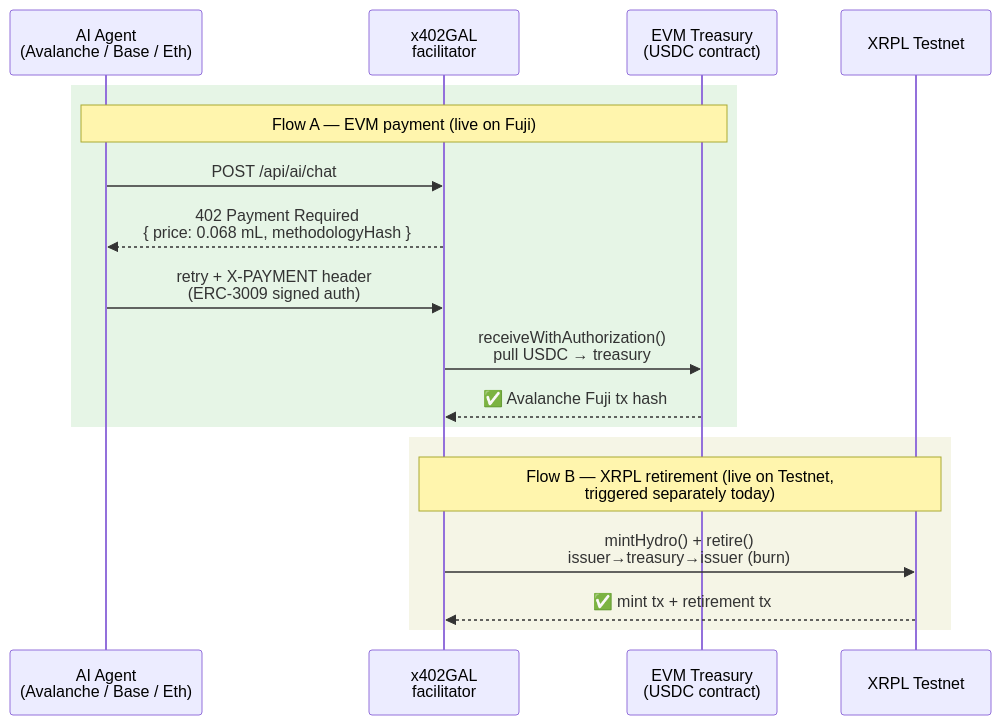
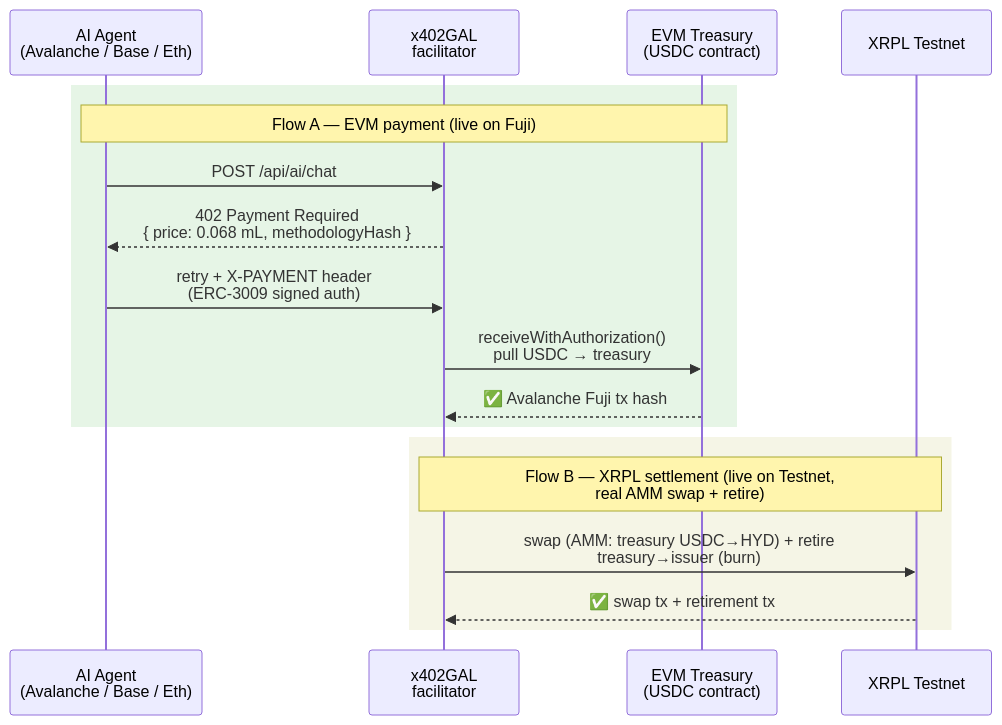
Before and after one commit to EDGECONSULTINGLABS/x402gal: the first of 2 diagrams in README.md, drawn with Mermaid. The commit also changed other lines of this file and 13 other files, not shown here.

First line of the commit message:
feat(xrpl): real testnet AMM swap replaces fictional mint; verified-supply invariant

````diff
--- a/README.md
+++ b/README.md
@@ -48,22 +48,22 @@
 ```mermaid
 sequenceDiagram
     participant Agent as AI Agent<br/>(Avalanche / Base / Eth)
     participant GAL as x402GAL<br/>facilitator
     participant EVM as EVM Treasury<br/>(USDC contract)
     participant XRPL as XRPL Testnet
 
     rect rgb(230, 245, 230)
     Note over Agent,EVM: Flow A — EVM payment (live on Fuji)
     Agent->>GAL: POST /api/ai/chat
     GAL-->>Agent: 402 Payment Required<br/>{ price: 0.068 mL, methodologyHash }
     Agent->>GAL: retry + X-PAYMENT header<br/>(ERC-3009 signed auth)
     GAL->>EVM: receiveWithAuthorization()<br/>pull USDC → treasury
     EVM-->>GAL: ✅ Avalanche Fuji tx hash
     end
 
     rect rgb(245, 245, 230)
-    Note over GAL,XRPL: Flow B — XRPL retirement (live on Testnet,<br/>triggered separately today)
-    GAL->>XRPL: mintHydro() + retire()<br/>issuer→treasury→issuer (burn)
-    XRPL-->>GAL: ✅ mint tx + retirement tx
+    Note over GAL,XRPL: Flow B — XRPL settlement (live on Testnet,<br/>real AMM swap + retire)
+    GAL->>XRPL: swap (AMM: treasury USDC→HYD) + retire<br/>treasury→issuer (burn)
+    XRPL-->>GAL: ✅ swap tx + retirement tx
     end
 ```
````
